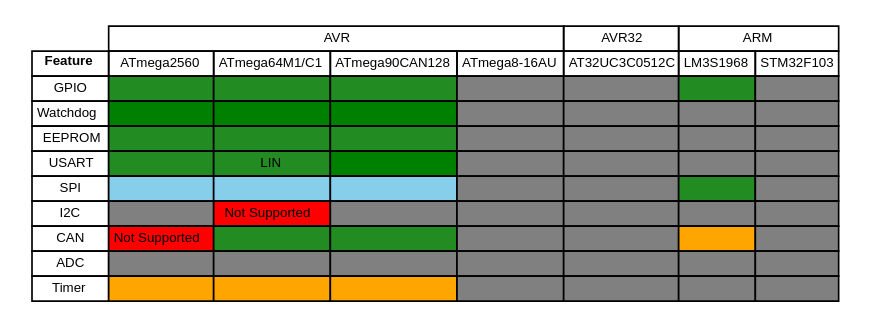
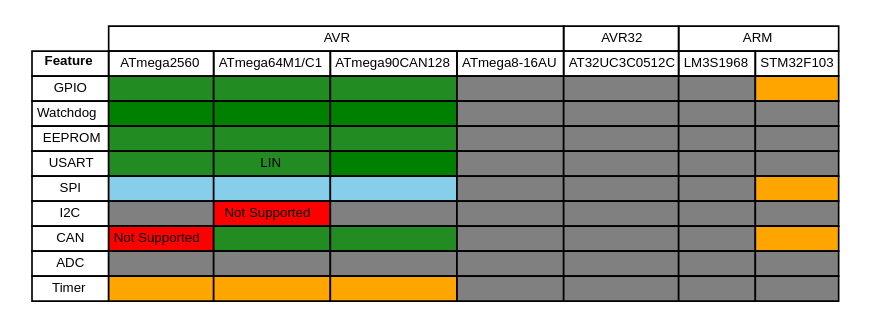
One commit to Aeronavics/ValleyForge changed the diagram in doc/zim-valleyforge/HAL/img/support-table.dot. Above: the diagram before and after it, drawn with Graphviz. The commit also changed 1 other file, not shown here.

```diff
--- a/doc/zim-valleyforge/HAL/img/support-table.dot
+++ b/doc/zim-valleyforge/HAL/img/support-table.dot
@@ -1,123 +1,123 @@
 digraph structs {
 node [shape=plaintext]
 struct1 [label=<
 <FONT POINT-SIZE="8" FACE="sans-serif">
 <TABLE BORDER="0" CELLBORDER="1" CELLSPACING="0" CELLPADDING="2">
 
 <!-- Implemented and Tested: 	green -->
 <!-- Implemented: 		forestgreen -->
 <!-- Work-in-progress: 		orange -->
 <!-- Started: 			skyblue -->
 <!-- Not yet started: 		gray -->
 <!-- Not supported: 		red -->
 
 
 <tr><td color="white"></td>
 	<td colspan="4">AVR</td>
 	<td colspan="1">AVR32</td>
 	<td colspan="2">ARM</td>
 </tr>
 
 <tr><td><b>Feature</b></td>
 	<td>ATmega2560</td>
 	<td>ATmega64M1/C1</td>
 	<td>ATmega90CAN128</td>
 	<td>ATmega8-16AU</td>
 	<td>AT32UC3C0512C</td>
 	<td>LM3S1968</td>
 	<td>STM32F103</td>
 </tr>
 
 <tr><td>GPIO</td>
 	<td bgcolor="forestgreen"></td>
 	<td bgcolor="forestgreen"></td>
 	<td bgcolor="forestgreen"></td>
 	<td bgcolor="gray"></td>
 	<td bgcolor="gray"></td>
-	<td bgcolor="forestgreen"></td>
 	<td bgcolor="gray"></td>
+	<td bgcolor="orange"></td>
 </tr>
 
 <tr><td>Watchdog</td>
 	<td bgcolor="green"></td>
 	<td bgcolor="green"></td>
 	<td bgcolor="green"></td>
 	<td bgcolor="gray"></td>
 	<td bgcolor="gray"></td>
 	<td bgcolor="gray"></td>
 	<td bgcolor="gray"></td>
 </tr>
 
 <tr><td>EEPROM</td>
 	<td bgcolor="forestgreen"></td>
 	<td bgcolor="forestgreen"></td>
 	<td bgcolor="forestgreen"></td>
 	<td bgcolor="gray"></td>
 	<td bgcolor="gray"></td>
 	<td bgcolor="gray"></td>
 	<td bgcolor="gray"></td>
 </tr>
 
 <tr><td>USART</td>
 	<td bgcolor="forestgreen"></td>
 	<td bgcolor="forestgreen">LIN</td>
 	<td bgcolor="green"></td>
 	<td bgcolor="gray"></td>
 	<td bgcolor="gray"></td>
 	<td bgcolor="gray"></td>
 	<td bgcolor="gray"></td>
 </tr>
 
 <tr><td>SPI</td>
 	<td bgcolor="skyblue"></td>
 	<td bgcolor="skyblue"></td>
 	<td bgcolor="skyblue"></td>
 	<td bgcolor="gray"></td>
 	<td bgcolor="gray"></td>
-	<td bgcolor="forestgreen"></td>
 	<td bgcolor="gray"></td>
+	<td bgcolor="orange"></td>
 </tr>
 
 <tr><td>I2C</td>
 	<td bgcolor="gray"></td>
 	<td bgcolor="red">Not Supported</td>
 	<td bgcolor="gray"></td>
 	<td bgcolor="gray"></td>
 	<td bgcolor="gray"></td>
 	<td bgcolor="gray"></td>
 	<td bgcolor="gray"></td>
 </tr>
 
 <tr><td>CAN</td>
 	<td bgcolor="red">Not Supported</td>
 	<td bgcolor="forestgreen"></td>
 	<td bgcolor="forestgreen"></td>
 	<td bgcolor="gray"></td>
 	<td bgcolor="gray"></td>
+	<td bgcolor="gray"></td>
 	<td bgcolor="orange"></td>
-	<td bgcolor="gray"></td>
 </tr>
 
 <tr><td>ADC</td>
 	<td bgcolor="gray"></td>
 	<td bgcolor="gray"></td>
 	<td bgcolor="gray"></td>
 	<td bgcolor="gray"></td>
 	<td bgcolor="gray"></td>
 	<td bgcolor="gray"></td>
 	<td bgcolor="gray"></td>
 </tr>
 
 <tr><td>Timer</td>
 	<td bgcolor="orange"></td>
 	<td bgcolor="orange"></td>
 	<td bgcolor="orange"></td>
 	<td bgcolor="gray"></td>
 	<td bgcolor="gray"></td>
 	<td bgcolor="gray"></td>
 	<td bgcolor="gray"></td>
 </tr>
 
 </TABLE></FONT>
 >];
 }
```
